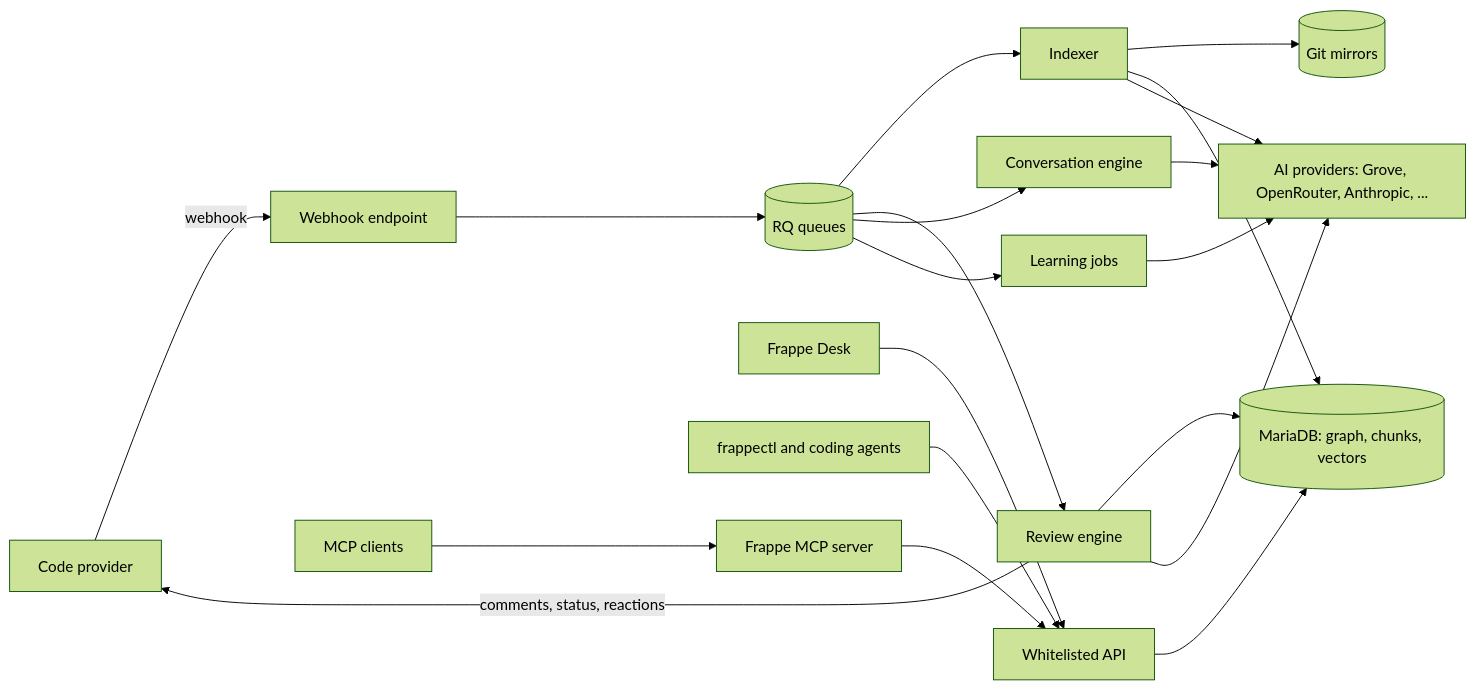
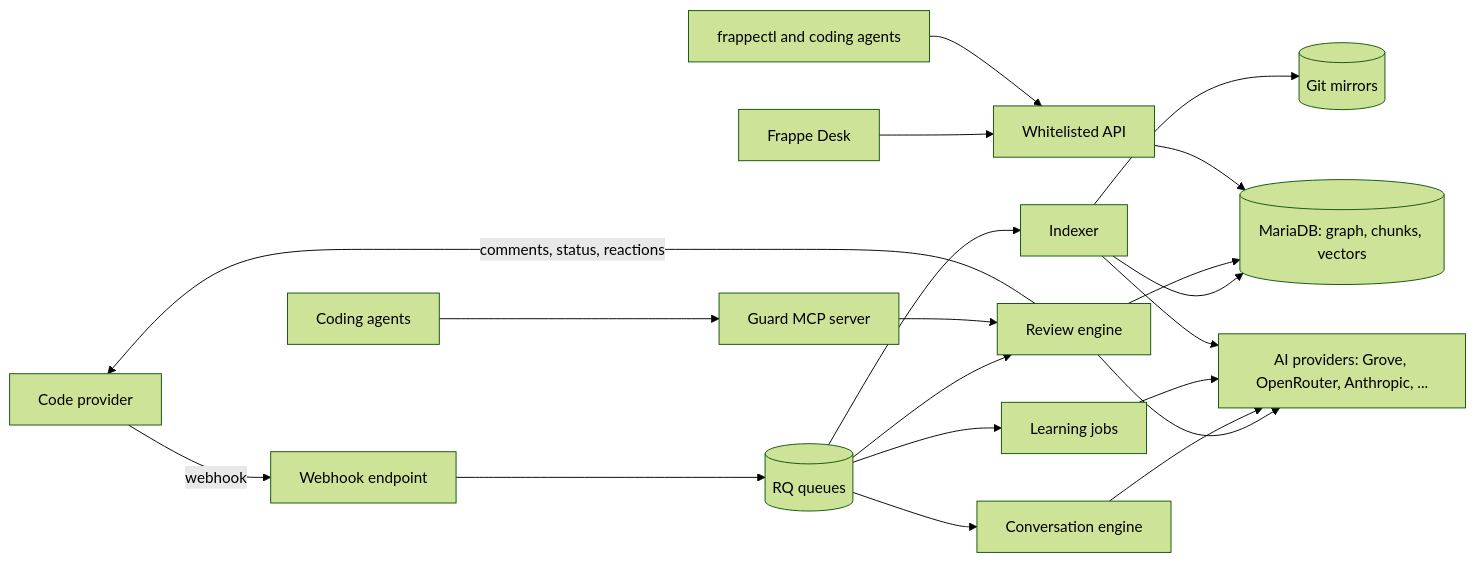
One commit to frappe/guard changed the diagram in docs/spec/02-architecture.md. Above: the diagram before and after it, drawn with Mermaid (forest theme). The commit also changed other lines of this file and 24 other files, not shown here.

First line of the commit message:
feat: an MCP server of Guard for local reviews, with OAuth and a connect page

````diff
--- a/docs/spec/02-architecture.md
+++ b/docs/spec/02-architecture.md
@@ -5,21 +5,21 @@
 ```mermaid
 flowchart LR
     SCM[Code provider] -- webhook --> WH[Webhook endpoint]
     WH --> Q[(RQ queues)]
     Q --> IDX[Indexer]
     Q --> REV[Review engine]
     Q --> CONV[Conversation engine]
     Q --> LRN[Learning jobs]
     IDX --> GIT[(Git mirrors)]
     IDX --> DB[(MariaDB: graph, chunks, vectors)]
     REV --> DB
     REV --> GW[AI providers: Grove, OpenRouter, Anthropic, ...]
     CONV --> GW
     LRN --> GW
     IDX --> GW
     REV -- comments, status, reactions --> SCM
     UI[Frappe Desk] --> API[Whitelisted API]
     FCTL[frappectl and coding agents] --> API
-    AGT[MCP clients] --> FMCP[Frappe MCP server] --> API
+    AGT[Coding agents] --> MCP[Guard MCP server] --> REV
     API --> DB
 ```
````
